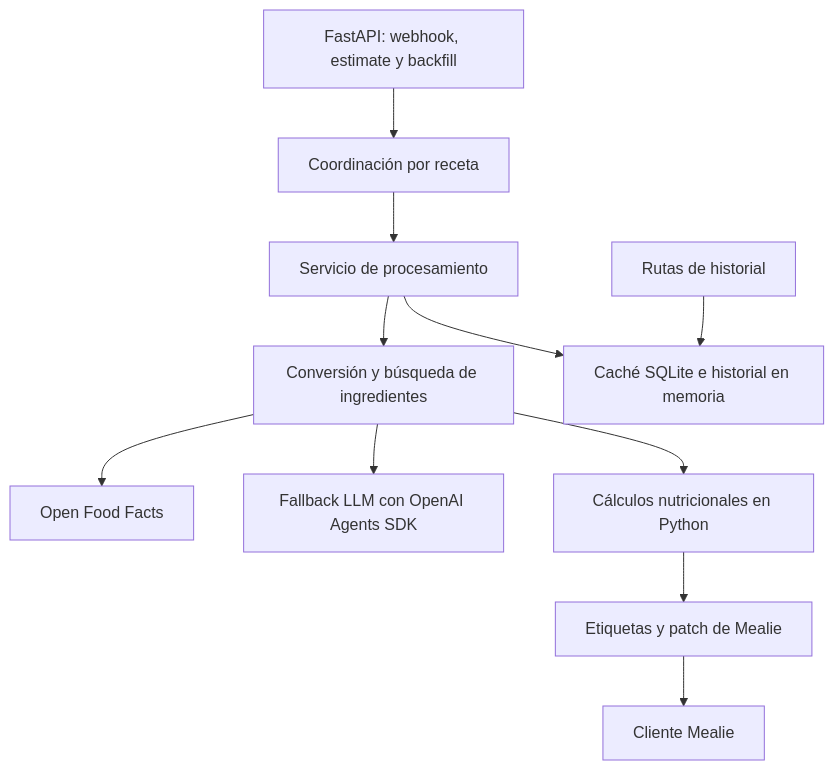
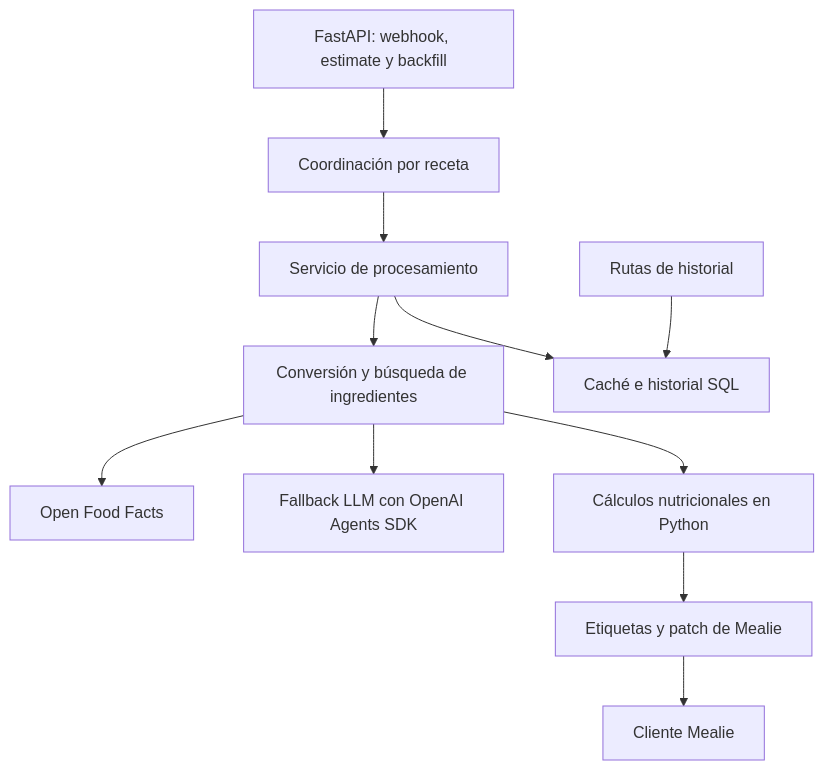
Before and after one commit to brunofelixns/mealie-enricher: the diagram in docs/02-arquitectura.md, drawn with Mermaid. The commit also changed other lines of this file and 73 other files, not shown here.

```diff
--- a/docs/02-arquitectura.md
+++ b/docs/02-arquitectura.md
@@ -15,13 +19,13 @@
 ~~~mermaid
 flowchart TD
     A[FastAPI: webhook, estimate y backfill] --> B[Coordinación por receta]
     B --> C[Servicio de procesamiento]
     C --> D[Conversión y búsqueda de ingredientes]
     D --> E[Open Food Facts]
     D --> F[Fallback LLM con OpenAI Agents SDK]
     D --> G[Cálculos nutricionales en Python]
     G --> H[Etiquetas y patch de Mealie]
     H --> I[Cliente Mealie]
-    C --> J[Caché SQLite e historial en memoria]
+    C --> J[Caché e historial SQL]
     K[Rutas de historial] --> J
 ~~~
```
